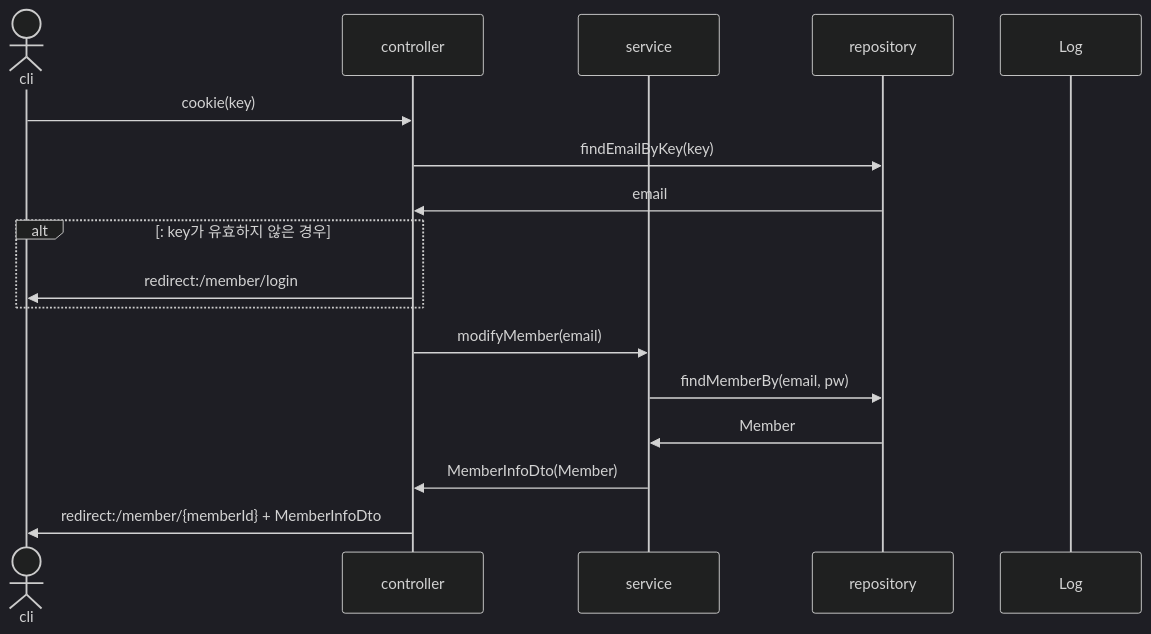
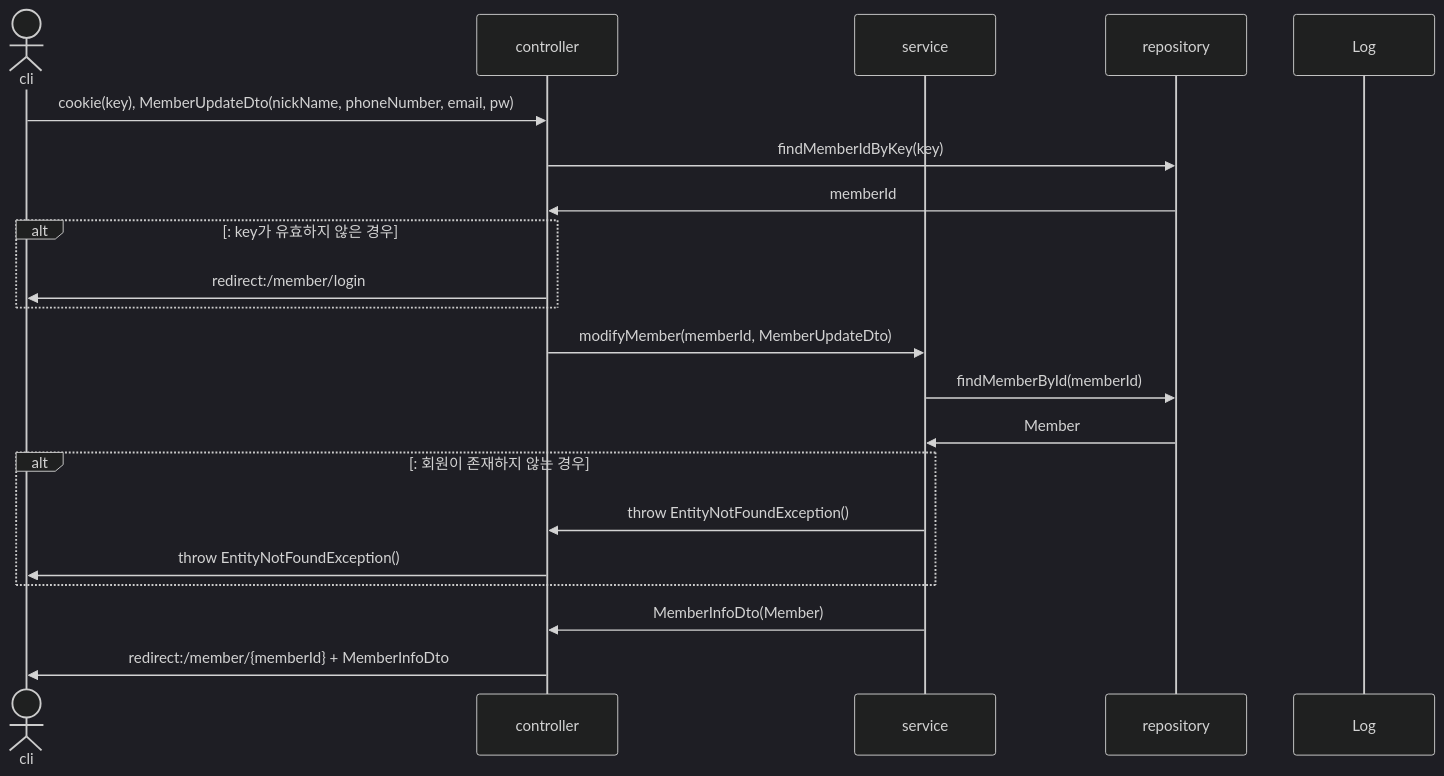
One commit to mtak0235/snsX changed the ninth of 31 diagrams in sequence.md. Above: the diagram before and after it, drawn with Mermaid (dark theme). The commit also changed other lines of this file, not shown here.

Commit message:
update modifyMemberForm & modifyMember sequence diagram

````diff
--- a/sequence.md
+++ b/sequence.md
@@ -177,20 +186,24 @@
 ```mermaid
 sequenceDiagram
 actor cli
 participant c as controller
 participant s as service
 participant r as repository
 participant l as Log
 
-cli->>c: cookie(key)
-c->>r: findEmailByKey(key)
-r->>c: email
+cli->>c: cookie(key), MemberUpdateDto(nickName, phoneNumber, email, pw)
+c->>r: findMemberIdByKey(key)
+r->>c: memberId
 alt: key가 유효하지 않은 경우
 c->>cli: redirect:/member/login
 end
-c->>s: modifyMember(email)
-s->>r: findMemberBy(email, pw)
+c->>s: modifyMember(memberId, MemberUpdateDto)
+s->>r: findMemberById(memberId)
 r->>s: Member
+alt: 회원이 존재하지 않는 경우
+s->>c: throw EntityNotFoundException()
+c->>cli: throw EntityNotFoundException()
+end
 s->>c: MemberInfoDto(Member)
 c->>cli: redirect:/member/{memberId} + MemberInfoDto
 ```
````
